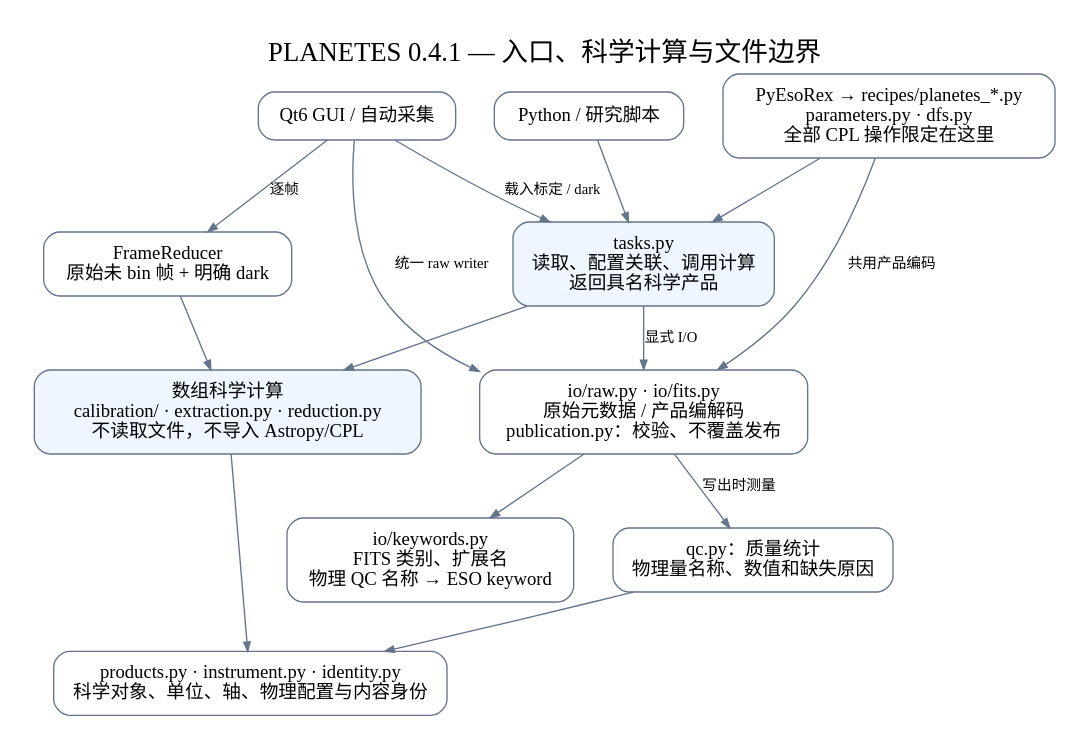
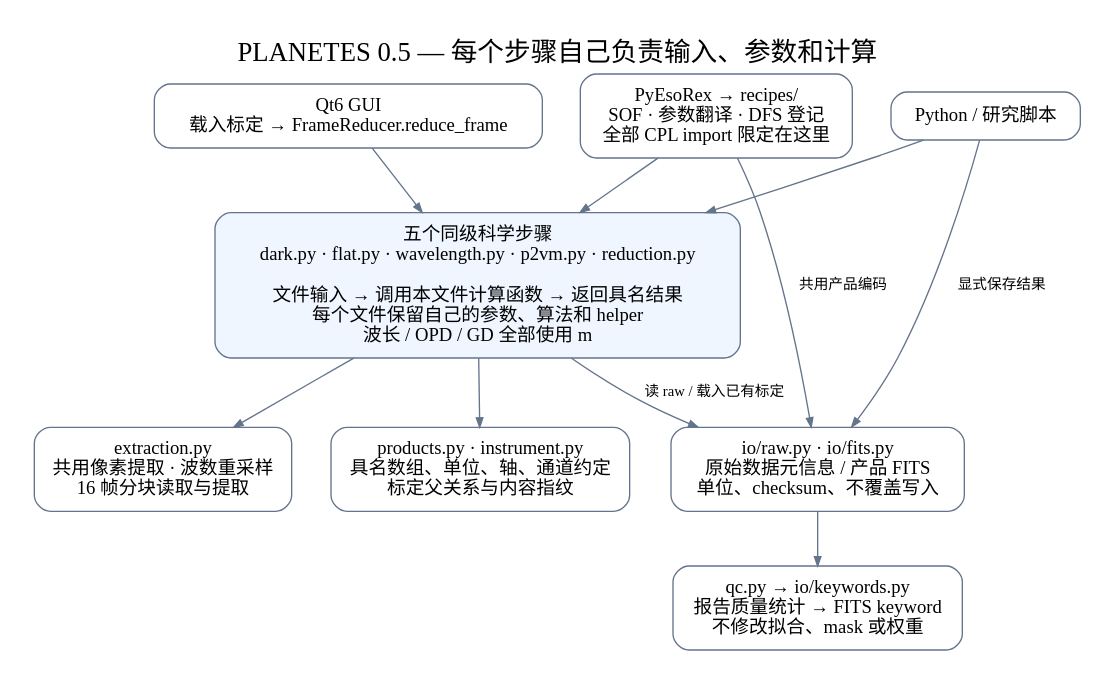
One commit to zexwu/planetes_pipe changed the diagram in docs/architecture.dot. Above: the diagram before and after it, drawn with Graphviz. The commit also changed 43 other files, not shown here.

```diff
--- a/docs/architecture.dot
+++ b/docs/architecture.dot
@@ -1,28 +1,23 @@
 digraph Architecture {
-  graph [rankdir=TB, bgcolor="white", pad=0.25, nodesep=0.4, ranksep=0.5, fontname="PingFang SC", fontsize=20, label="PLANETES 0.4.1 — 入口、科学计算与文件边界", labelloc=t];
+  graph [rankdir=TB, bgcolor="white", pad=0.25, nodesep=0.4, ranksep=0.55, fontname="PingFang SC", fontsize=20, label="PLANETES 0.5 — 每个步骤自己负责输入、参数和计算", labelloc=t];
   node [shape=box, style="rounded", fontname="PingFang SC", fontsize=14, color="#64748b", margin="0.16,0.12"];
   edge [fontname="PingFang SC", fontsize=11, color="#64748b", arrowsize=0.7];
   python [label="Python / 研究脚本"];
-  recipes [label="PyEsoRex → recipes/planetes_*.py\nparameters.py · dfs.py\n全部 CPL 操作限定在这里"];
-  gui [label="Qt6 GUI / 自动采集"];
-  tasks [label="tasks.py\n读取、配置关联、调用计算\n返回具名科学产品", style="rounded,filled", fillcolor="#eff6ff"];
-  science [label="数组科学计算\ncalibration/ · extraction.py · reduction.py\n不读取文件，不导入 Astropy/CPL", style="rounded,filled", fillcolor="#eff6ff"];
-  live [label="FrameReducer\n原始未 bin 帧 + 明确 dark"];
-  io [label="io/raw.py · io/fits.py\n原始元数据 / 产品编解码\npublication.py：校验、不覆盖发布"];
-  qc [label="qc.py：质量统计\n物理量名称、数值和缺失原因"];
-  keywords [label="io/keywords.py\nFITS 类别、扩展名\n物理 QC 名称 → ESO keyword"];
-  products [label="products.py · instrument.py · identity.py\n科学对象、单位、轴、物理配置与内容身份"];
+  recipes [label="PyEsoRex → recipes/\nSOF · 参数翻译 · DFS 登记\n全部 CPL import 限定在这里"];
+  gui [label="Qt6 GUI\n载入标定 → FrameReducer.reduce_frame"];
+  steps [label="五个同级科学步骤\ndark.py · flat.py · wavelength.py · p2vm.py · reduction.py\n\n文件输入 → 调用本文件计算函数 → 返回具名结果\n每个文件保留自己的参数、算法和 helper\n波长 / OPD / GD 全部使用 m", style="rounded,filled", fillcolor="#eff6ff"];
+  extraction [label="extraction.py\n共用像素提取 · 波数重采样\n16 帧分块读取与提取"];
+  io [label="io/raw.py · io/fits.py\n原始数据元信息 / 产品 FITS\n单位、checksum、不覆盖写入"];
+  products [label="products.py · instrument.py\n具名数组、单位、轴、通道约定\n标定父关系与内容指纹"];
+  qc [label="qc.py → io/keywords.py\n报告质量统计 → FITS keyword\n不修改拟合、mask 或权重"];
   {rank=same; python; recipes; gui;}
-  python -> tasks; recipes -> tasks;
-  gui -> tasks [label="载入标定 / dark"];
-  gui -> live [label="逐帧"];
-  tasks -> science;
-  tasks -> io [label="显式 I/O"];
+  python -> steps;
+  recipes -> steps;
+  gui -> steps;
+  steps -> extraction;
+  steps -> products;
+  steps -> io [label="读 raw / 载入已有标定"];
+  python -> io [label="显式保存结果"];
   recipes -> io [label="共用产品编码"];
-  gui -> io [label="统一 raw writer"];
-  live -> science;
-  io -> keywords;
-  io -> qc [label="写出时测量"];
-  science -> products;
-  qc -> products;
+  io -> qc;
 }
```
